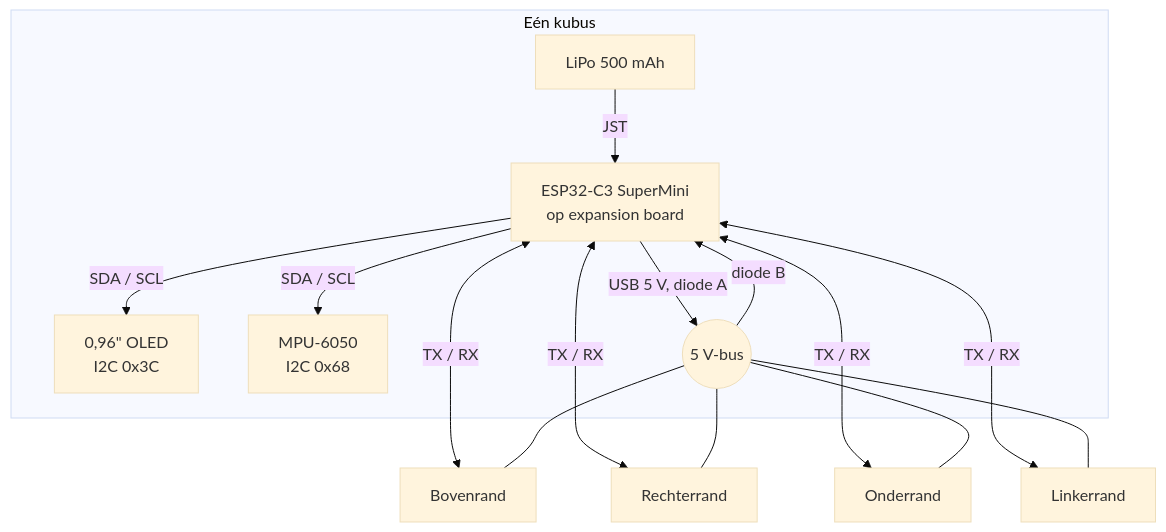
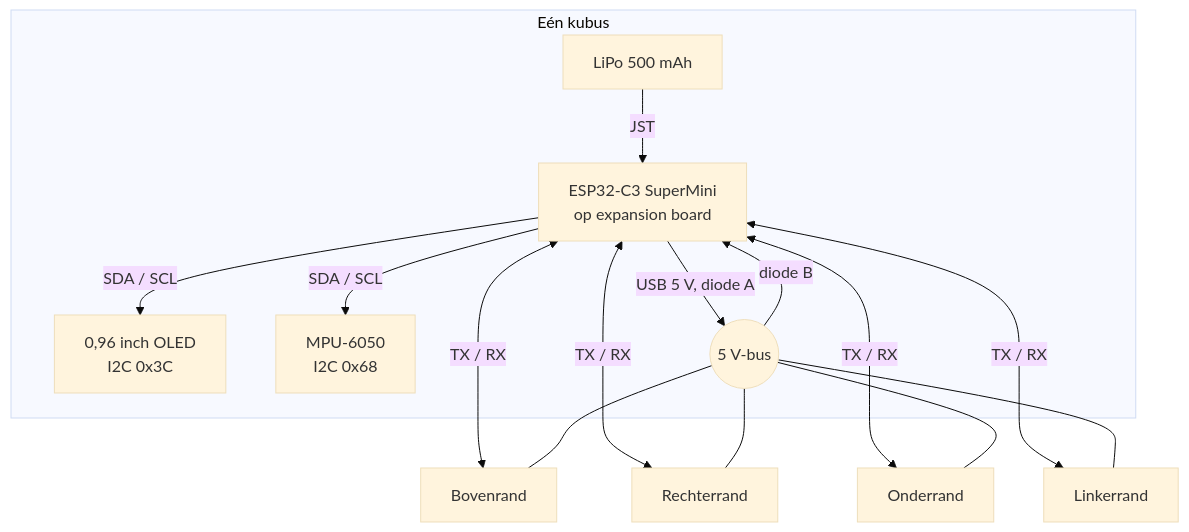
The first of 2 diagrams in docs/build-and-wiring.md (weggos2000/Cubelings), drawn with Mermaid (base theme) before and after one commit. The commit also changed other lines of this file and 1 other file, not shown here.

````diff
--- a/docs/build-and-wiring.md
+++ b/docs/build-and-wiring.md
@@ -9,20 +9,20 @@
 ```mermaid
 flowchart TB
     subgraph CUBE[Eén kubus]
         MCU[ESP32-C3 SuperMini<br/>op expansion board]
-        OLED[0,96&quot; OLED<br/>I2C 0x3C]
+        OLED[0,96 inch OLED<br/>I2C 0x3C]
         IMU[MPU-6050<br/>I2C 0x68]
         BAT[LiPo 500 mAh]
         BUS((5 V-bus))
         MCU -- SDA / SCL --> OLED
         MCU -- SDA / SCL --> IMU
         BAT -- JST --> MCU
         BUS -- diode B --> MCU
         MCU -- USB 5 V, diode A --> BUS
     end
     MCU <-- TX / RX --> T[Bovenrand]
     MCU <-- TX / RX --> R[Rechterrand]
     MCU <-- TX / RX --> B[Onderrand]
     MCU <-- TX / RX --> L[Linkerrand]
     BUS --- T & R & B & L
 ```
````
